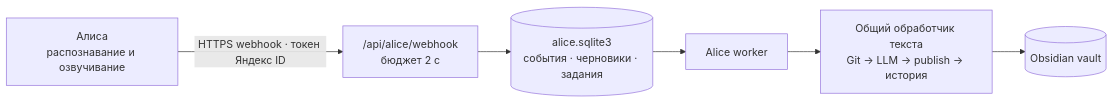
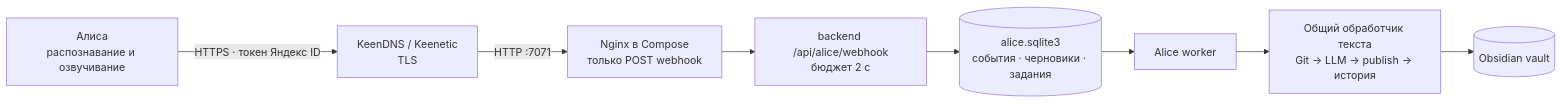
One commit to pastukhov/zateya changed the third of 3 diagrams in docs/architecture.md. Above: the diagram before and after it, drawn with Mermaid. The commit also changed 3 other files, not shown here.

````diff
--- a/docs/architecture.md
+++ b/docs/architecture.md
@@ -66,8 +66,10 @@
 ```mermaid
 flowchart LR
-    A["Алиса<br/>распознавание и озвучивание"] -->|"HTTPS webhook · токен Яндекс ID"| H["/api/alice/webhook<br/>бюджет 2 с"]
+    A["Алиса<br/>распознавание и озвучивание"] -->|"HTTPS · токен Яндекс ID"| K["KeenDNS / Keenetic<br/>TLS"]
+    K -->|"HTTP :7071"| N["Nginx в Compose<br/>только POST webhook"]
+    N --> H["backend /api/alice/webhook<br/>бюджет 2 с"]
     H --> Q[("alice.sqlite3<br/>события · черновики · задания")]
     Q --> W["Alice worker"]
     W --> T["Общий обработчик текста<br/>Git → LLM → publish → история"]
     T --> O[("Obsidian vault")]
 ```
````
